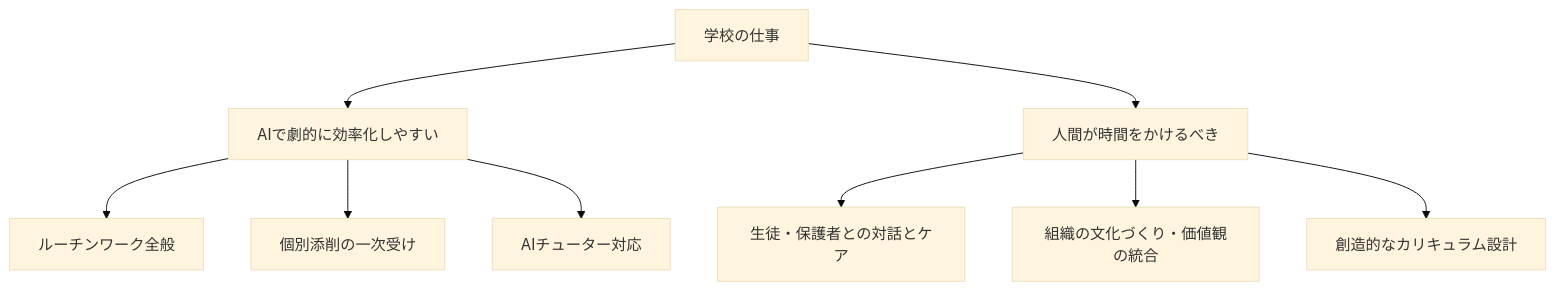
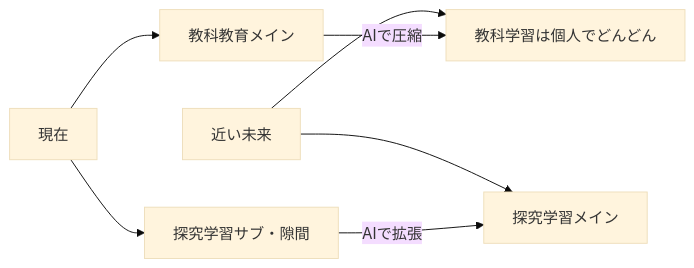
The first of 2 diagrams in 第3回_かえつ有明AI研修.md (VOMOYA/kaetsu-ai-kenshu), drawn with Mermaid (base theme) before and after one commit. The commit also changed other lines of this file, not shown here.

````diff
--- a/第3回_かえつ有明AI研修.md
+++ b/第3回_かえつ有明AI研修.md
@@ -101,11 +204,9 @@
 ```mermaid
-graph TD
-  A[学校の仕事] --> B[AIで劇的に効率化しやすい]
-  A --> C[人間が時間をかけるべき]
-  B --> B1[ルーチンワーク全般]
-  B --> B2[個別添削の一次受け]
-  B --> B3[AIチューター対応]
-  C --> C1[生徒・保護者との対話とケア]
-  C --> C2[組織の文化づくり・価値観の統合]
-  C --> C3[創造的なカリキュラム設計]
+graph LR
+  A[現在] --> A1[教科教育メイン]
+  A --> A2[探究学習サブ・隙間]
+  B[近い未来] --> B1[探究学習メイン]
+  B --> B2[教科学習は個人でどんどん]
+  A1 -->|AIで圧縮| B2
+  A2 -->|AIで拡張| B1
 ```
````
